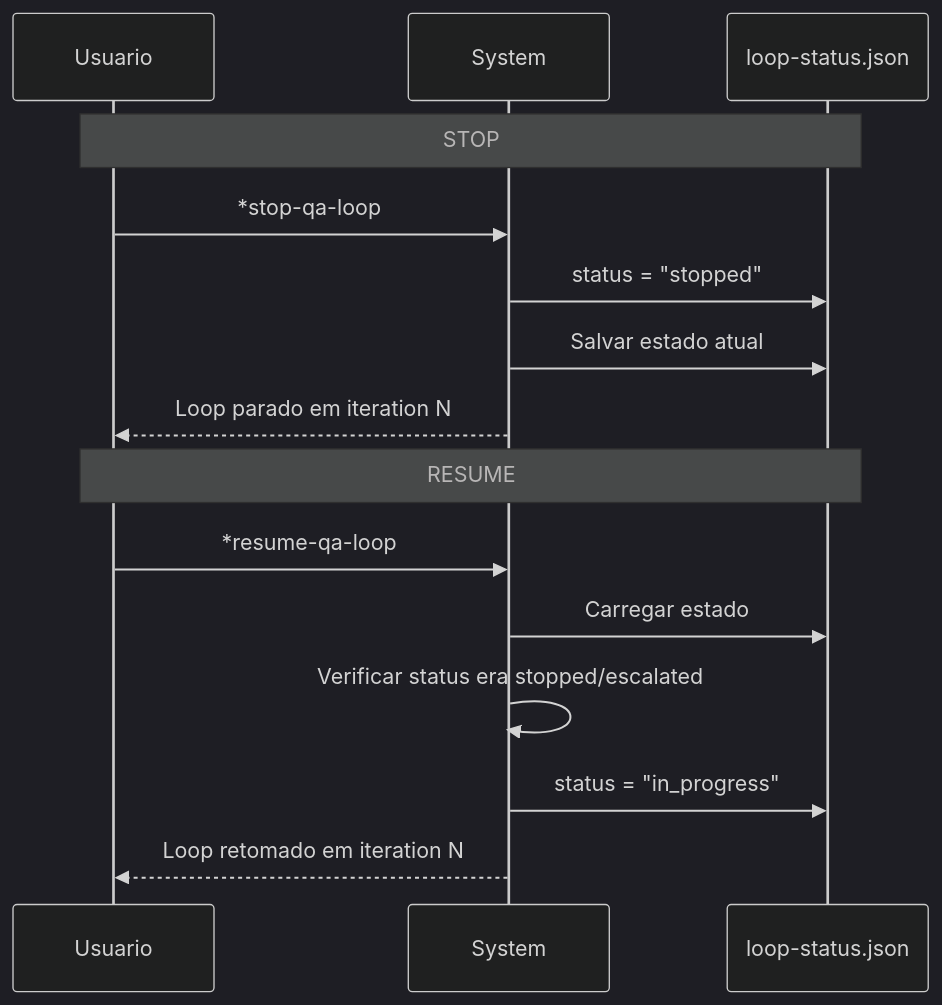
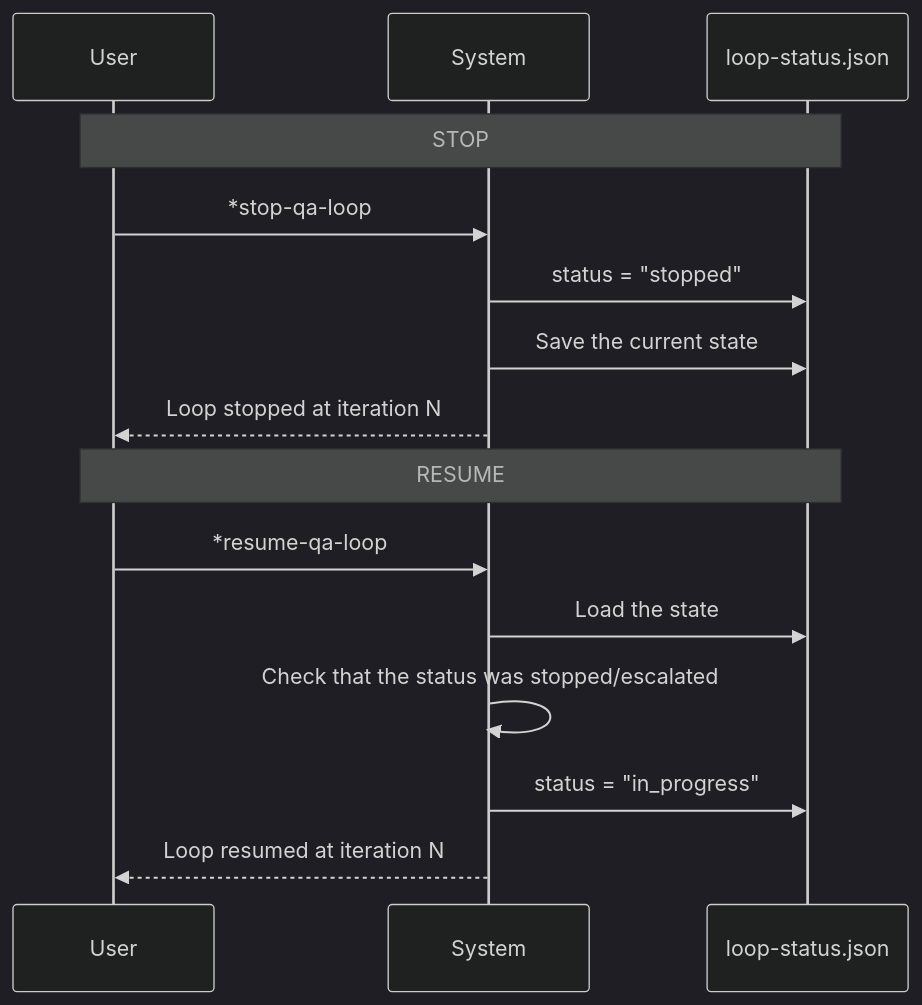
One commit to CyryxLabs/AEXOS changed the tenth of 10 diagrams in docs/guides/workflows/QA-LOOP-WORKFLOW.md. Above: the diagram before and after it, drawn with Mermaid (dark theme). The commit also changed other lines of this file and 528 other files, not shown here.

````diff
--- a/docs/guides/workflows/QA-LOOP-WORKFLOW.md
+++ b/docs/guides/workflows/QA-LOOP-WORKFLOW.md
@@ -837,19 +837,19 @@
 ```mermaid
 sequenceDiagram
-    participant U as Usuario
+    participant U as User
     participant S as System
     participant F as loop-status.json
 
     Note over U,F: STOP
     U->>S: *stop-qa-loop
     S->>F: status = "stopped"
-    S->>F: Salvar estado atual
-    S-->>U: Loop parado em iteration N
+    S->>F: Save the current state
+    S-->>U: Loop stopped at iteration N
 
     Note over U,F: RESUME
     U->>S: *resume-qa-loop
-    S->>F: Carregar estado
-    S->>S: Verificar status era stopped/escalated
+    S->>F: Load the state
+    S->>S: Check that the status was stopped/escalated
     S->>F: status = "in_progress"
-    S-->>U: Loop retomado em iteration N
+    S-->>U: Loop resumed at iteration N
 ```
````
